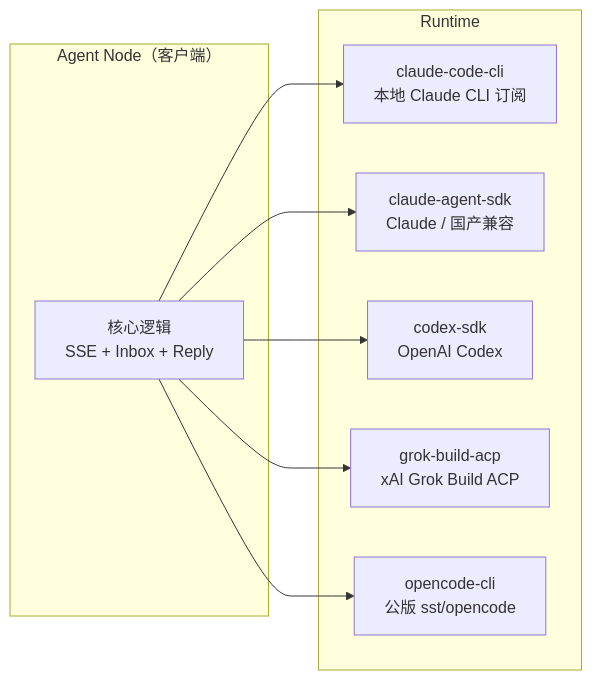
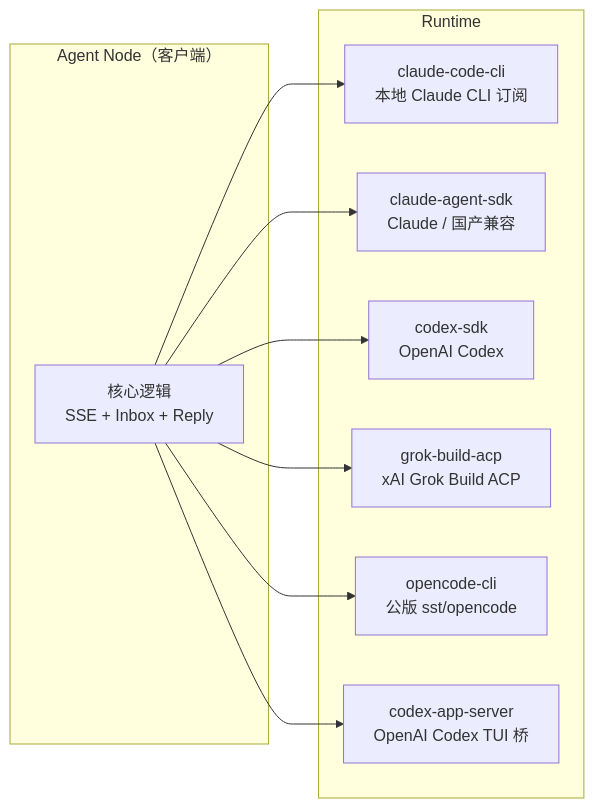
One commit to sleep2agi/agent-network changed the fifth of 8 diagrams in docs-site/docs/guide/architecture.md. Above: the diagram before and after it, drawn with Mermaid. The commit also changed other lines of this file and 1 other file, not shown here.

First line of the commit message:
docs(architecture): add codex-app-server runtime + correct MCP-path model

````diff
--- a/docs-site/docs/guide/architecture.md
+++ b/docs-site/docs/guide/architecture.md
@@ -326,20 +330,22 @@
 ```mermaid
 graph LR
     subgraph "Agent Node（客户端）"
         CORE[核心逻辑<br/>SSE + Inbox + Reply]
     end
 
     subgraph "Runtime"
         R0[claude-code-cli<br/>本地 Claude CLI 订阅]
         R1[claude-agent-sdk<br/>Claude / 国产兼容]
         R2[codex-sdk<br/>OpenAI Codex]
         R3[grok-build-acp<br/>xAI Grok Build ACP]
         R4[opencode-cli<br/>公版 sst/opencode]
+        R5[codex-app-server<br/>OpenAI Codex TUI 桥]
     end
 
     CORE --> R0
     CORE --> R1
     CORE --> R2
     CORE --> R3
     CORE --> R4
+    CORE --> R5
 ```
````
